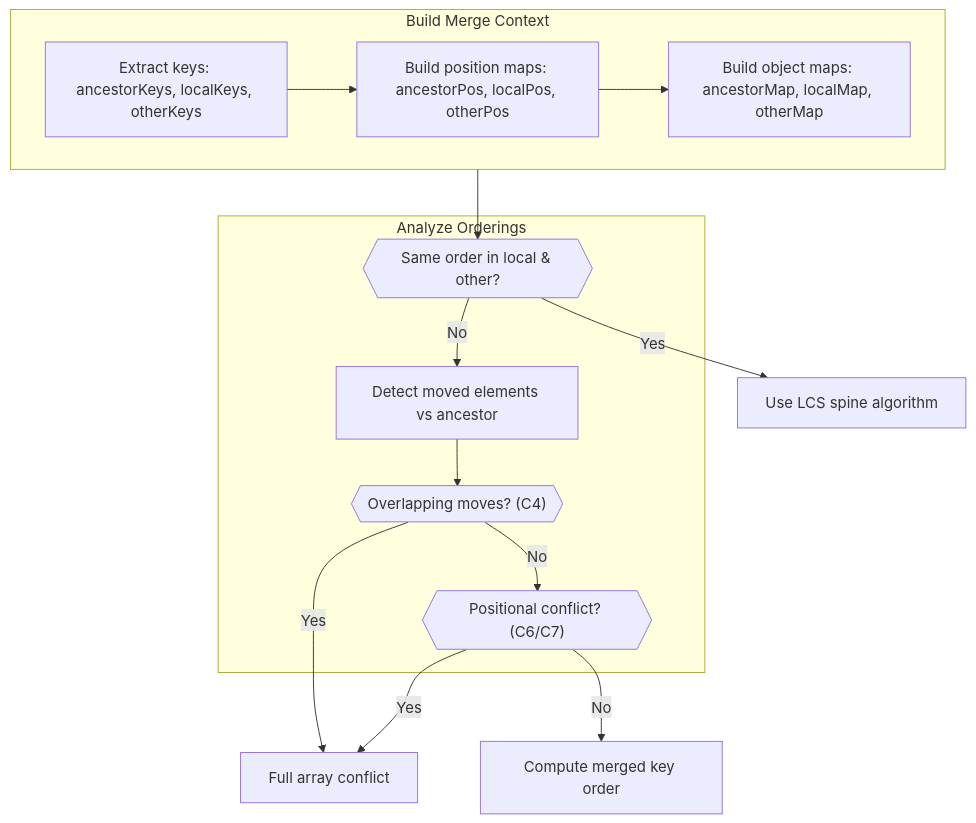
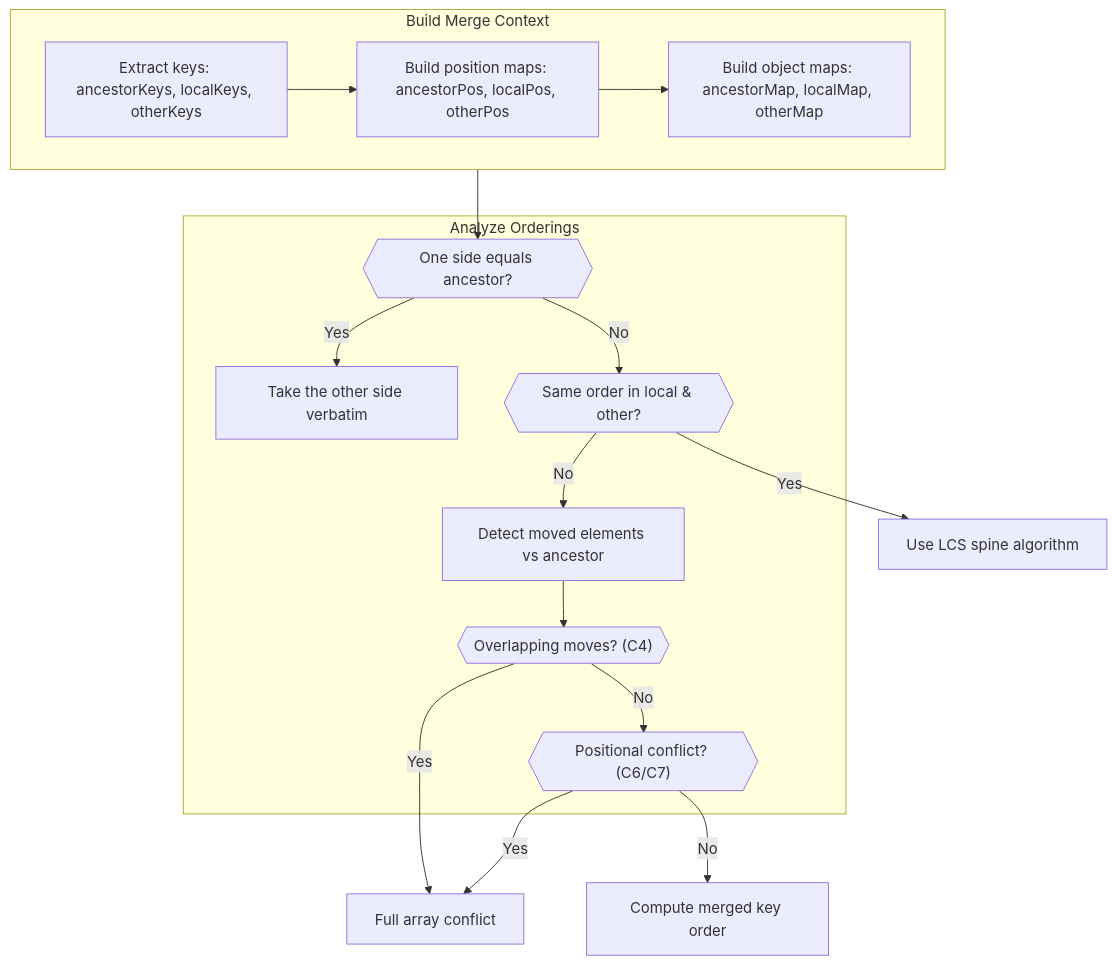
One commit to scolladon/sf-git-merge-driver changed the seventh of 8 diagrams in DESIGN.md. Above: the diagram before and after it, drawn with Mermaid. The commit also changed other lines of this file, not shown here.

````diff
--- a/DESIGN.md
+++ b/DESIGN.md
@@ -442,25 +445,29 @@
 ```mermaid
 flowchart TD
     subgraph Build["Build Merge Context"]
         Extract["Extract keys: ancestorKeys, localKeys, otherKeys"]
         Maps["Build position maps: ancestorPos, localPos, otherPos"]
         ObjMaps["Build object maps: ancestorMap, localMap, otherMap"]
         Extract --> Maps --> ObjMaps
     end
 
     subgraph Analyze["Analyze Orderings"]
+        OneSided{{"One side equals ancestor?"}}
+        TakeOther["Take the other side verbatim"]
         FastPath{{"Same order in local & other?"}}
         Moved["Detect moved elements vs ancestor"]
         Overlap{{"Overlapping moves? (C4)"}}
         Position{{"Positional conflict? (C6/C7)"}}
     end
 
-    Build --> FastPath
+    Build --> OneSided
+    OneSided -->|Yes| TakeOther
+    OneSided -->|No| FastPath
     FastPath -->|Yes| Spine["Use LCS spine algorithm"]
     FastPath -->|No| Moved
     Moved --> Overlap
     Overlap -->|Yes| Conflict["Full array conflict"]
     Overlap -->|No| Position
     Position -->|Yes| Conflict
     Position -->|No| Disjoint["Compute merged key order"]
 ```
````
